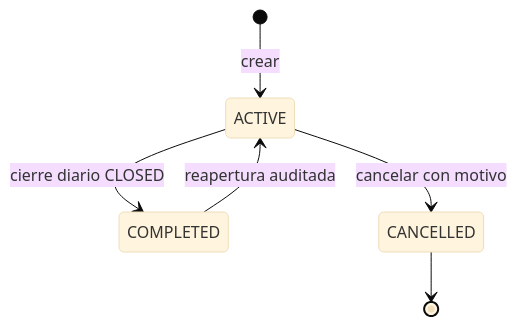
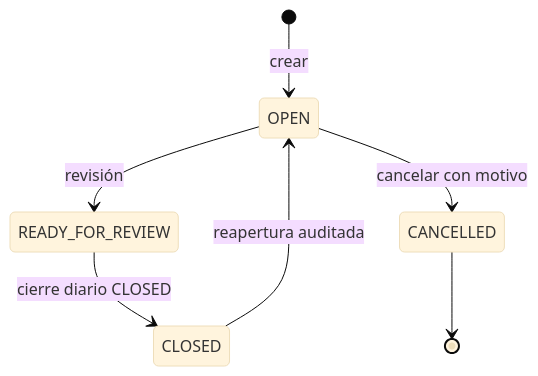
The first of 2 diagrams in openspec/changes/add-cedis-branch-supply-cycle/state-diagram.md (MarcosZamudio06/Los-Pollos-Distribuidora), drawn with Mermaid (base theme) before and after one commit. The commit also changed other lines of this file and 48 other files, not shown here.

````diff
--- a/openspec/changes/add-cedis-branch-supply-cycle/state-diagram.md
+++ b/openspec/changes/add-cedis-branch-supply-cycle/state-diagram.md
@@ -5,8 +5,9 @@
 ```mermaid
 stateDiagram-v2
-    [*] --> ACTIVE: crear
-    ACTIVE --> COMPLETED: cierre diario CLOSED
-    COMPLETED --> ACTIVE: reapertura auditada
-    ACTIVE --> CANCELLED: cancelar con motivo
+    [*] --> OPEN: crear
+    OPEN --> READY_FOR_REVIEW: revisión
+    READY_FOR_REVIEW --> CLOSED: cierre diario CLOSED
+    CLOSED --> OPEN: reapertura auditada
+    OPEN --> CANCELLED: cancelar con motivo
     CANCELLED --> [*]
 ```
````
